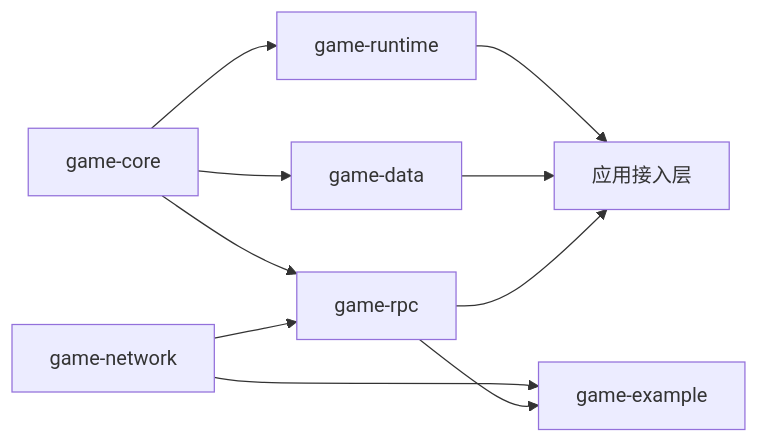
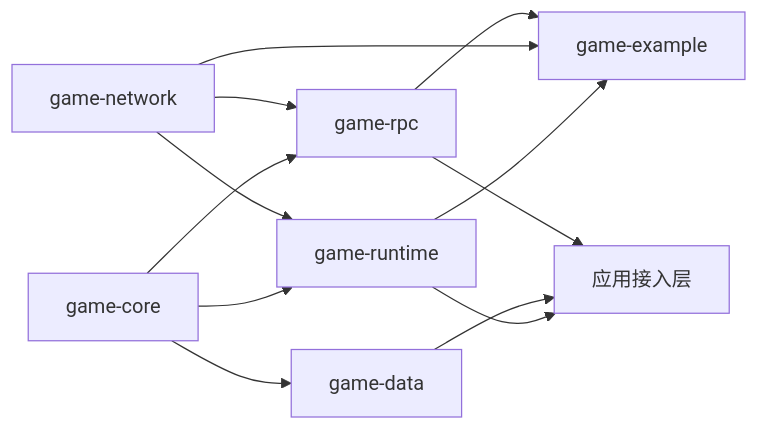
Before and after one commit to huaye2007/mana: the diagram in docs/ogbs/README.zh-CN.md, drawn with Mermaid. The commit also changed other lines of this file and 47 other files, not shown here.

````diff
--- a/docs/ogbs/README.zh-CN.md
+++ b/docs/ogbs/README.zh-CN.md
@@ -79,12 +79,14 @@
 ```mermaid
 flowchart LR
     C[game-core] --> RT[game-runtime]
     C --> D[game-data]
     C --> R[game-rpc]
     N[game-network] --> R
+    N --> RT
+    RT --> E
     N --> E[game-example]
     R --> E
     RT --> A[应用接入层]
     D --> A
     R --> A
 ```
````
